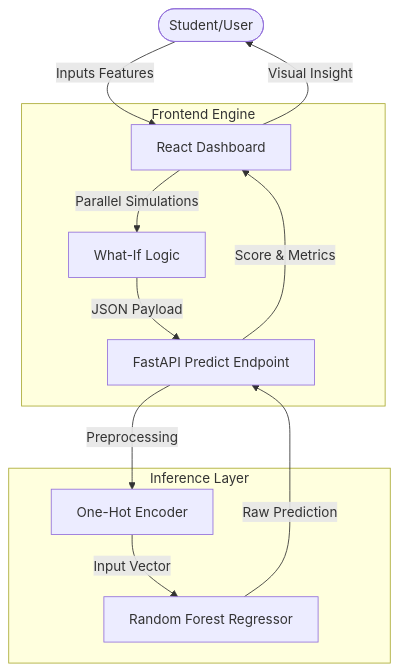
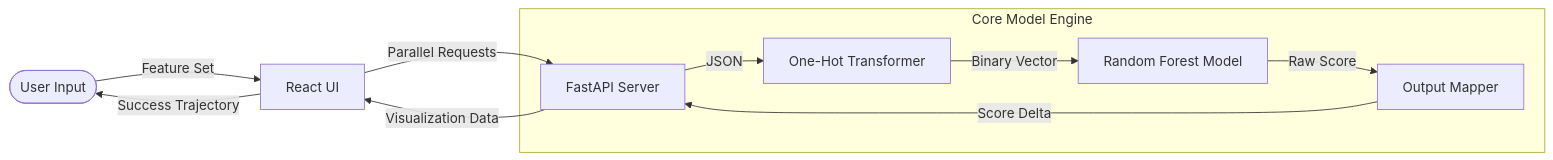
Before and after one commit to monkey9-Cyber-cat-Spidy/Student-Performance-Prediction: the diagram in docs/architecture.md, drawn with Mermaid. The commit also changed other lines of this file and 4 other files, not shown here.

````diff
--- a/docs/architecture.md
+++ b/docs/architecture.md
@@ -20,18 +19,15 @@
 ```mermaid
-graph TD
-    User([Student/User]) -->|Inputs Features| Frontend[React Dashboard]
+graph LR
+    User([User Input]) -- Feature Set --> Frontend[React UI]
+    Frontend -- Parallel Requests --> API[FastAPI Server]
     
-    subgraph "Frontend Engine"
-        Frontend -->|Parallel Simulations| WhatIf[What-If Logic]
-        WhatIf -->|JSON Payload| API[FastAPI Predict Endpoint]
+    subgraph "Core Model Engine"
+        API -- JSON --> Pre[One-Hot Transformer]
+        Pre -- Binary Vector --> RF[Random Forest Model]
+        RF -- Raw Score --> Post[Output Mapper]
+        Post -- Score Delta --> API
     end
     
-    subgraph "Inference Layer"
-        API -->|Preprocessing| Enc[One-Hot Encoder]
-        Enc -->|Input Vector| Model[Random Forest Regressor]
-        Model -->|Raw Prediction| API
-    end
-    
-    API -->|Score & Metrics| Frontend
-    Frontend -->|Visual Insight| User
+    API -- Visualization Data --> Frontend
+    Frontend -- Success Trajectory --> User
 ```
````
